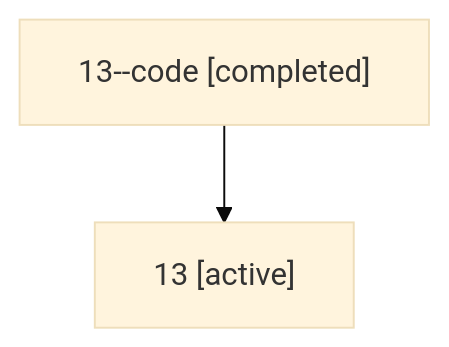
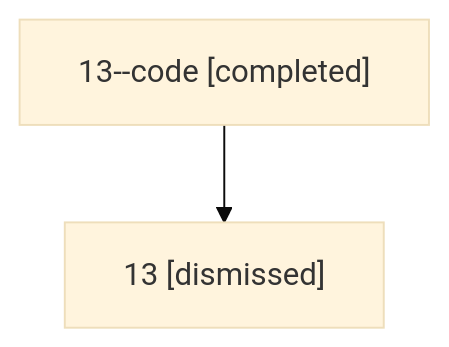
The diagram in sessions/bbugyi200.athena.13.md (sase-org/sase--agents), drawn with Mermaid (base theme) before and after one commit. The commit also changed other lines of this file and 6 other files, not shown here.

````diff
--- a/sessions/bbugyi200.athena.13.md
+++ b/sessions/bbugyi200.athena.13.md
@@ -9,6 +9,6 @@
 ```mermaid
 flowchart TD
   n0["13--code [completed]"]
-  n1["13 [active]"]
+  n1["13 [dismissed]"]
   n0 --> n1
 ```
````
